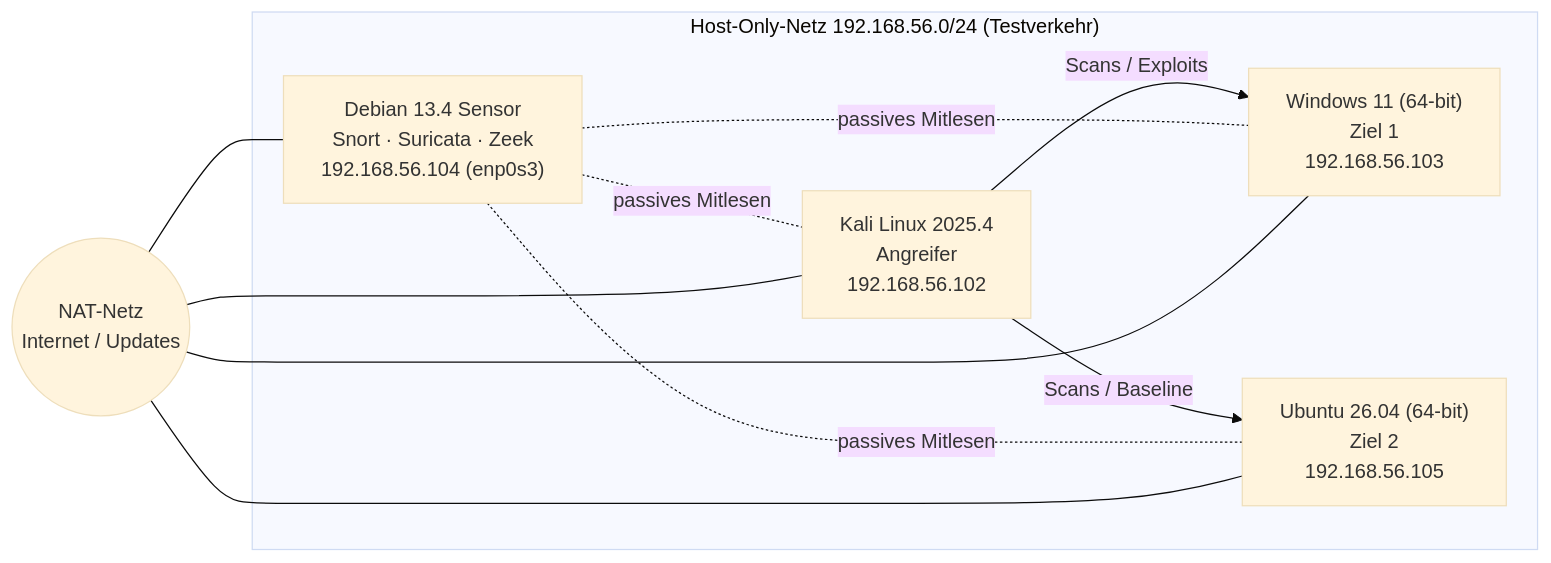
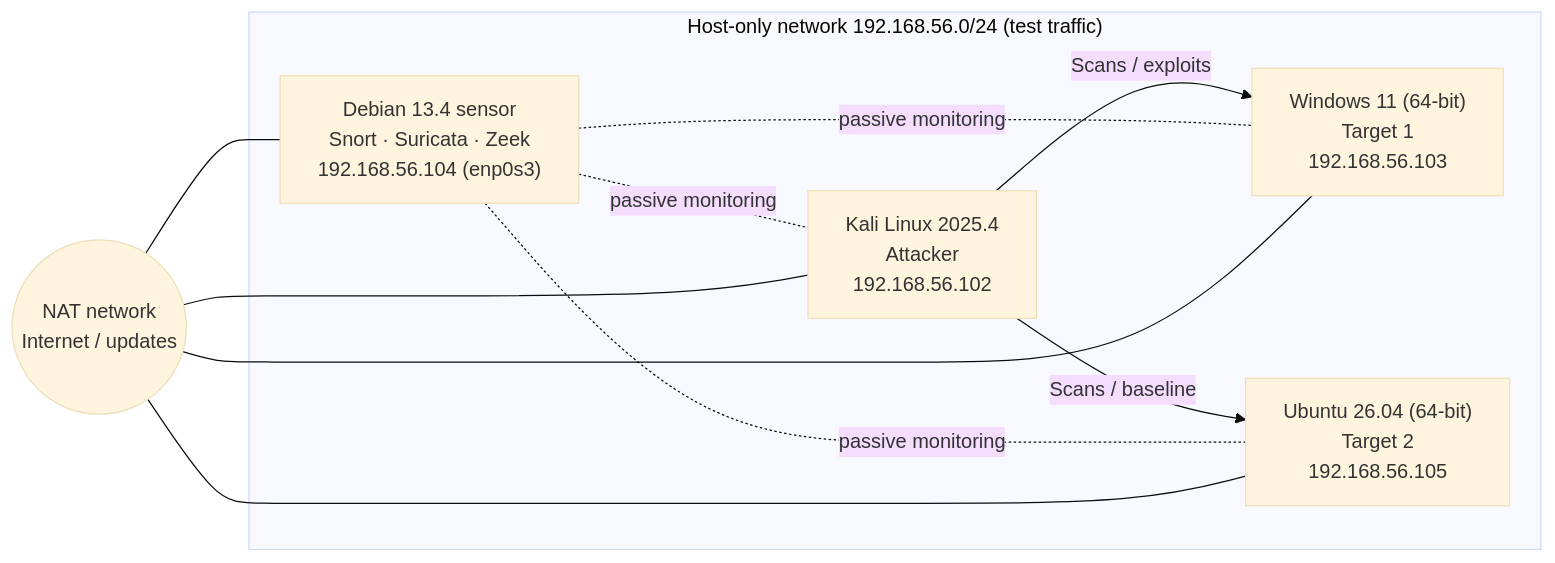
Before and after one commit to if23b152/Bachelorarbeit-ids: the diagram in README.md, drawn with Mermaid (base theme). The commit also changed other lines of this file and 23 other files, not shown here.

````diff
--- a/README.md
+++ b/README.md
@@ -53,15 +55,15 @@
 ```mermaid
 flowchart LR
-    subgraph HO["Host-Only-Netz 192.168.56.0/24 (Testverkehr)"]
-        K["Kali Linux 2025.4<br/>Angreifer<br/>192.168.56.102"]
-        W["Windows 11 (64-bit)<br/>Ziel 1<br/>192.168.56.103"]
-        U["Ubuntu 26.04 (64-bit)<br/>Ziel 2<br/>192.168.56.105"]
-        S["Debian 13.4 Sensor<br/>Snort · Suricata · Zeek<br/>192.168.56.104 (enp0s3)"]
+    subgraph HO["Host-only network 192.168.56.0/24 (test traffic)"]
+        K["Kali Linux 2025.4<br/>Attacker<br/>192.168.56.102"]
+        W["Windows 11 (64-bit)<br/>Target 1<br/>192.168.56.103"]
+        U["Ubuntu 26.04 (64-bit)<br/>Target 2<br/>192.168.56.105"]
+        S["Debian 13.4 sensor<br/>Snort · Suricata · Zeek<br/>192.168.56.104 (enp0s3)"]
     end
-    K -- "Scans / Exploits" --> W
-    K -- "Scans / Baseline" --> U
-    S -. "passives Mitlesen" .- K
-    S -. "passives Mitlesen" .- W
-    S -. "passives Mitlesen" .- U
-    NAT(("NAT-Netz<br/>Internet / Updates")) --- K & W & U & S
+    K -- "Scans / exploits" --> W
+    K -- "Scans / baseline" --> U
+    S -. "passive monitoring" .- K
+    S -. "passive monitoring" .- W
+    S -. "passive monitoring" .- U
+    NAT(("NAT network<br/>Internet / updates")) --- K & W & U & S
 ```
````
